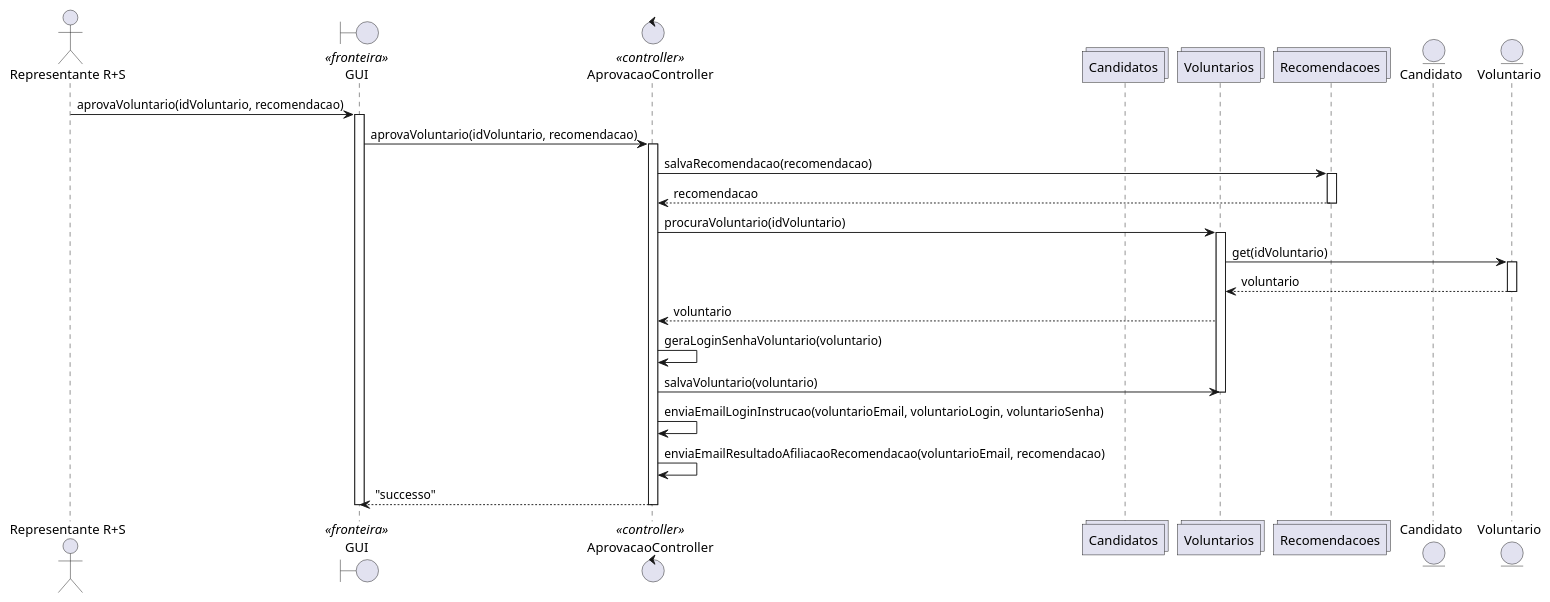
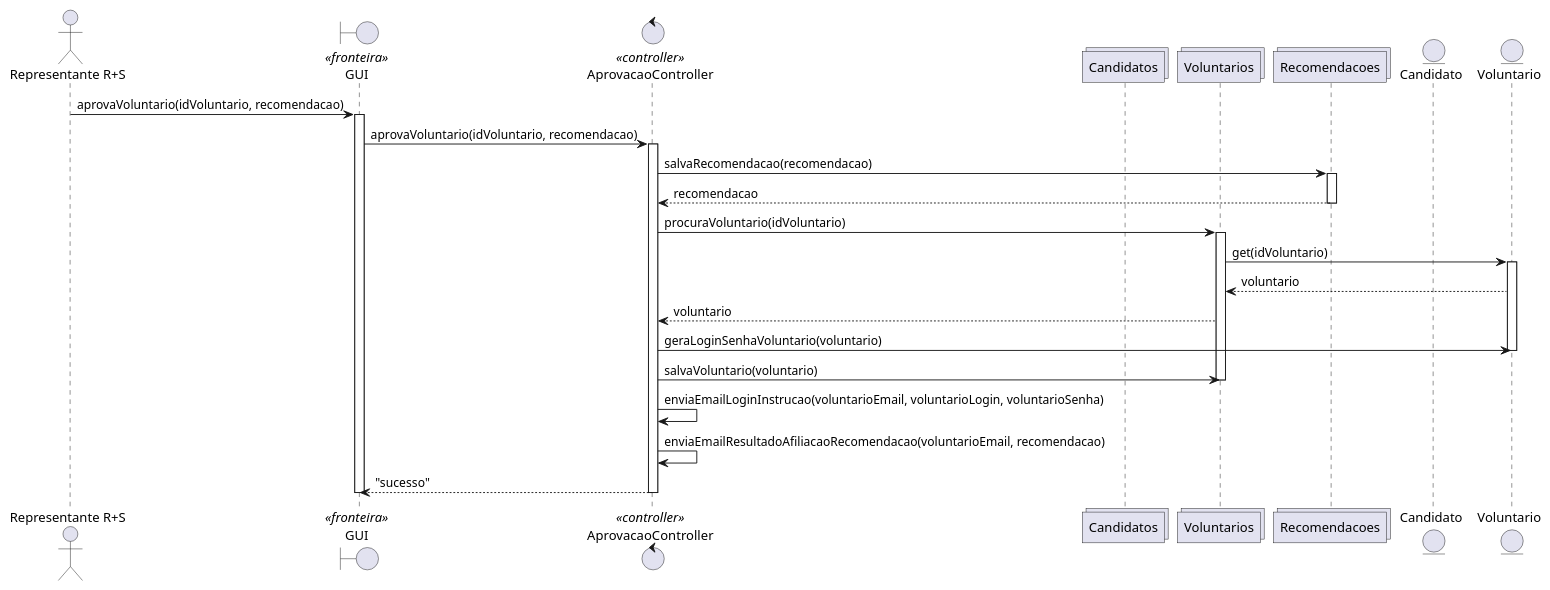
Before and after one commit to guisgiacomini/redeMaisSocialProjetoSoftware: the first of 2 diagrams in diagrama-sequencia/uc003/fluxo-principal/fluxo-principal-3.puml, drawn with PlantUML. The commit also changed other lines of this file, not shown here.

Commit message:
Diagrama de sequencia UC003: fluxo principal.

```diff
--- a/diagrama-sequencia/uc003/fluxo-principal/fluxo-principal-3.puml
+++ b/diagrama-sequencia/uc003/fluxo-principal/fluxo-principal-3.puml
@@ -1,45 +1,47 @@
 @startuml
 actor "Representante R+S" as representante
 boundary "GUI" as gui <<fronteira>>
 
 
 
 control "AprovacaoController" as aprovacaoController<<controller>>
 
 collections "Candidatos" as candidatos
 collections "Voluntarios" as voluntarios
 
 
 collections "Recomendacoes" as recomendacoes
 entity "Candidato" as candidato
 entity "Voluntario" as voluntario
 
 representante -> gui: aprovaVoluntario(idVoluntario, recomendacao)
 activate gui
     gui -> aprovacaoController: aprovaVoluntario(idVoluntario, recomendacao)
     activate aprovacaoController
         aprovacaoController -> recomendacoes: salvaRecomendacao(recomendacao)
         activate recomendacoes
             recomendacoes --> aprovacaoController: recomendacao
         deactivate recomendacoes
         aprovacaoController -> voluntarios: procuraVoluntario(idVoluntario)
         activate voluntarios
             voluntarios -> voluntario: get(idVoluntario)
             activate voluntario
                 voluntario --> voluntarios: voluntario
-            deactivate voluntario
+            
             voluntarios --> aprovacaoController: voluntario
         
-        aprovacaoController -> aprovacaoController: geraLoginSenhaVoluntario(voluntario)
+        aprovacaoController -> voluntario: geraLoginSenhaVoluntario(voluntario)
+        deactivate voluntario
         aprovacaoController -> voluntarios: salvaVoluntario(voluntario)
         
         deactivate voluntarios
 
         aprovacaoController -> aprovacaoController: enviaEmailLoginInstrucao(voluntarioEmail, voluntarioLogin, voluntarioSenha)
         aprovacaoController -> aprovacaoController: enviaEmailResultadoAfiliacaoRecomendacao(voluntarioEmail, recomendacao)
 
-        aprovacaoController --> gui: "successo"
+        aprovacaoController --> gui: "sucesso"
     deactivate aprovacaoController
 deactivate gui
     
+
 @enduml
```
